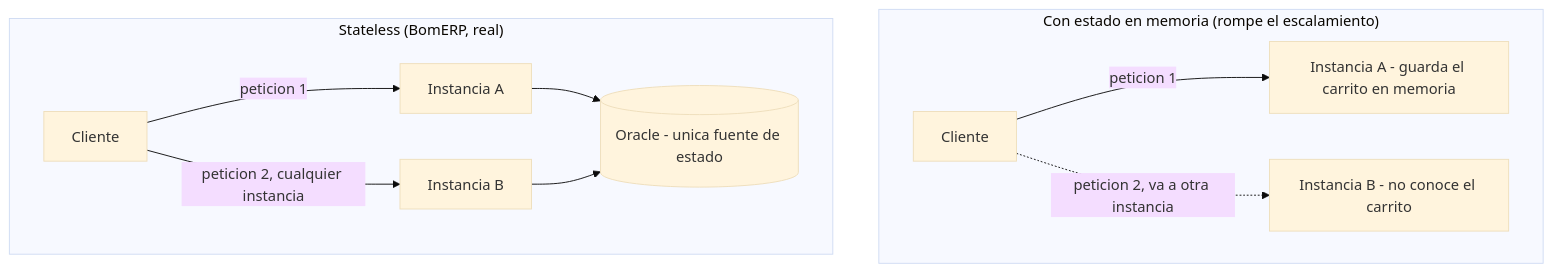
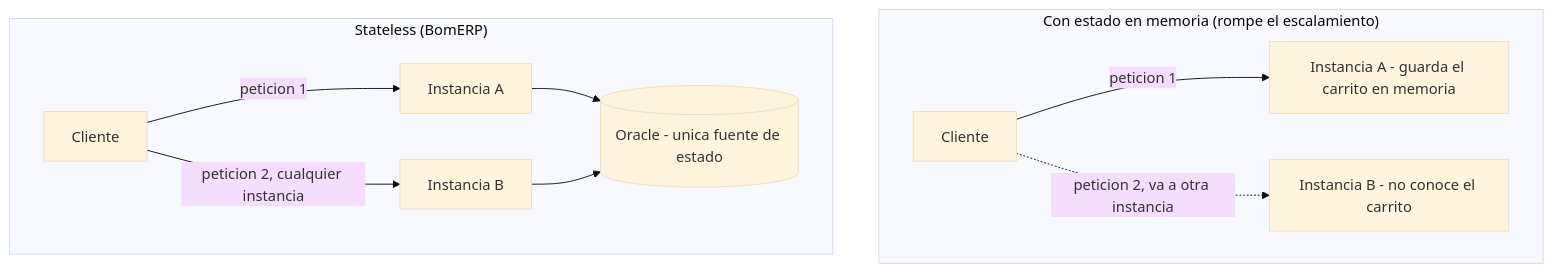
Diagram 16 of 16 in docs/ads/sesiones/S04_Arquitecturas_Modernas.md (262ciclo4/bomerp), drawn with Mermaid (base theme) before and after one commit. The commit also changed other lines of this file, not shown here.

````diff
--- a/docs/ads/sesiones/S04_Arquitecturas_Modernas.md
+++ b/docs/ads/sesiones/S04_Arquitecturas_Modernas.md
@@ -406,15 +486,15 @@
 ```mermaid
 flowchart TB
     subgraph ConEstado["Con estado en memoria (rompe el escalamiento)"]
         direction LR
         C1["Cliente"] -->|"peticion 1"| I1["Instancia A - guarda el carrito en memoria"]
         C1 -.->|"peticion 2, va a otra instancia"| I2["Instancia B - no conoce el carrito"]
     end
-    subgraph SinEstado["Stateless (BomERP, real)"]
+    subgraph SinEstado["Stateless (BomERP)"]
         direction LR
         C2["Cliente"] -->|"peticion 1"| J1["Instancia A"]
         C2 -->|"peticion 2, cualquier instancia"| J2["Instancia B"]
         J1 --> DB[("Oracle - unica fuente de estado")]
         J2 --> DB
     end
 ```
````
